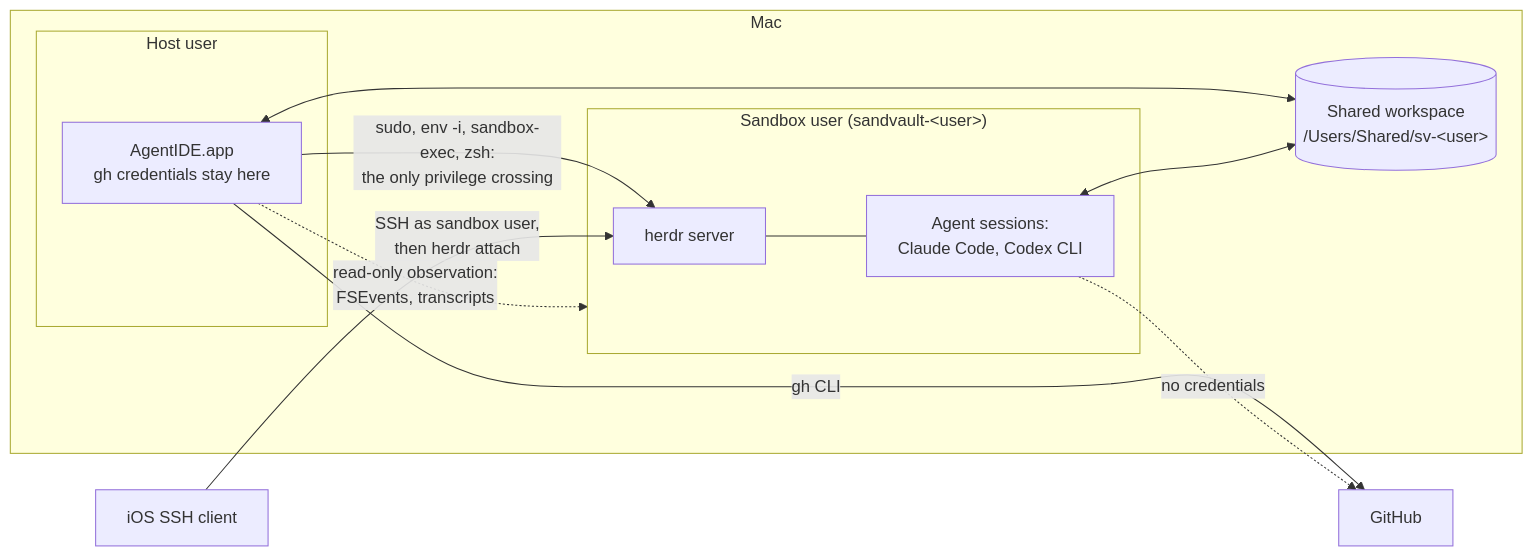
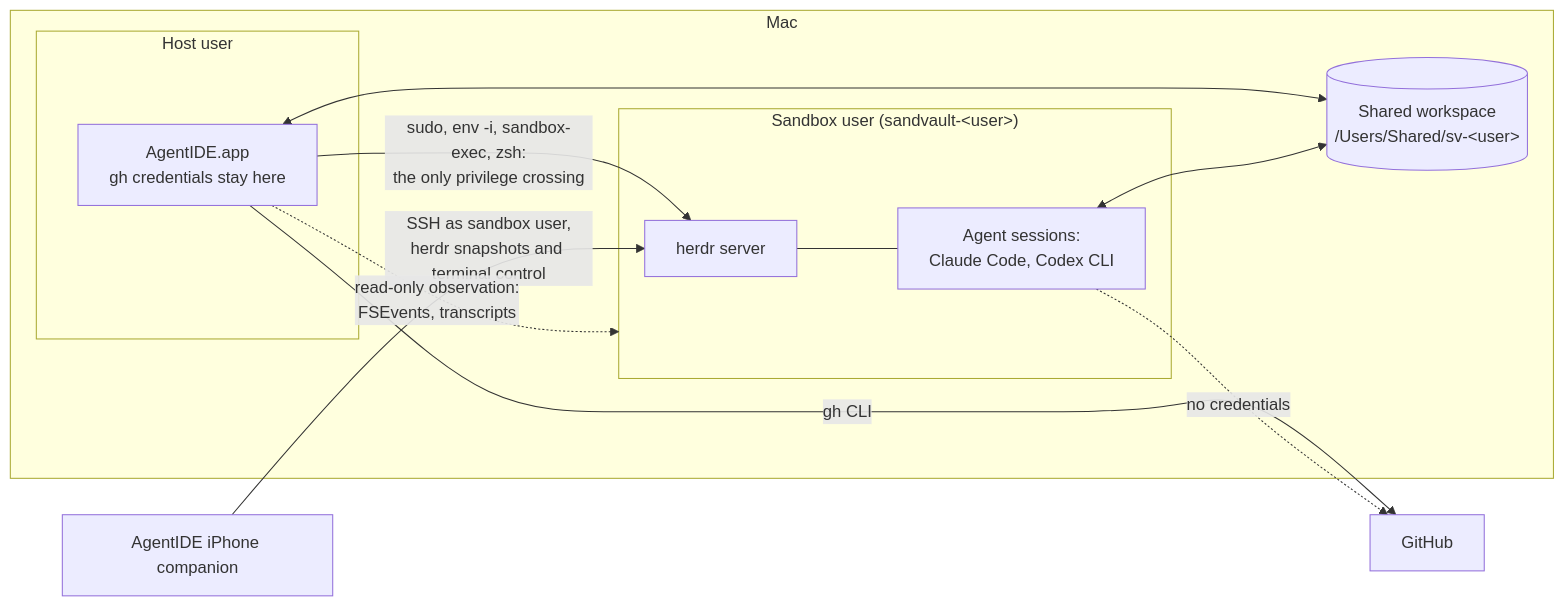
One commit to MikeMcQuaid/AgentIDE changed the first of 2 diagrams in ARCHITECTURE.md. Above: the diagram before and after it, drawn with Mermaid. The commit also changed other lines of this file and 109 other files, not shown here.

````diff
--- a/ARCHITECTURE.md
+++ b/ARCHITECTURE.md
@@ -26,24 +26,24 @@
 ```mermaid
 flowchart LR
-    ios["iOS SSH client"]
+    ios["AgentIDE iPhone companion"]
     subgraph mac["Mac"]
         subgraph host["Host user"]
             app["AgentIDE.app<br/>gh credentials stay here"]
         end
         subgraph sandbox["Sandbox user (sandvault-&lt;user&gt;)"]
             herdr["herdr server"]
             agents["Agent sessions:<br/>Claude Code, Codex CLI"]
         end
         shared[("Shared workspace<br/>/Users/Shared/sv-&lt;user&gt;")]
     end
     github["GitHub"]
 
     app -->|"sudo, env -i, sandbox-exec, zsh:<br/>the only privilege crossing"| herdr
     herdr --- agents
     app -.->|"read-only observation:<br/>FSEvents, transcripts"| sandbox
     app <--> shared
     agents <--> shared
     app -->|"gh CLI"| github
     agents -.->|"no credentials"| github
-    ios -->|"SSH as sandbox user,<br/>then herdr attach"| herdr
+    ios -->|"SSH as sandbox user,<br/>herdr snapshots and terminal control"| herdr
 ```
````
